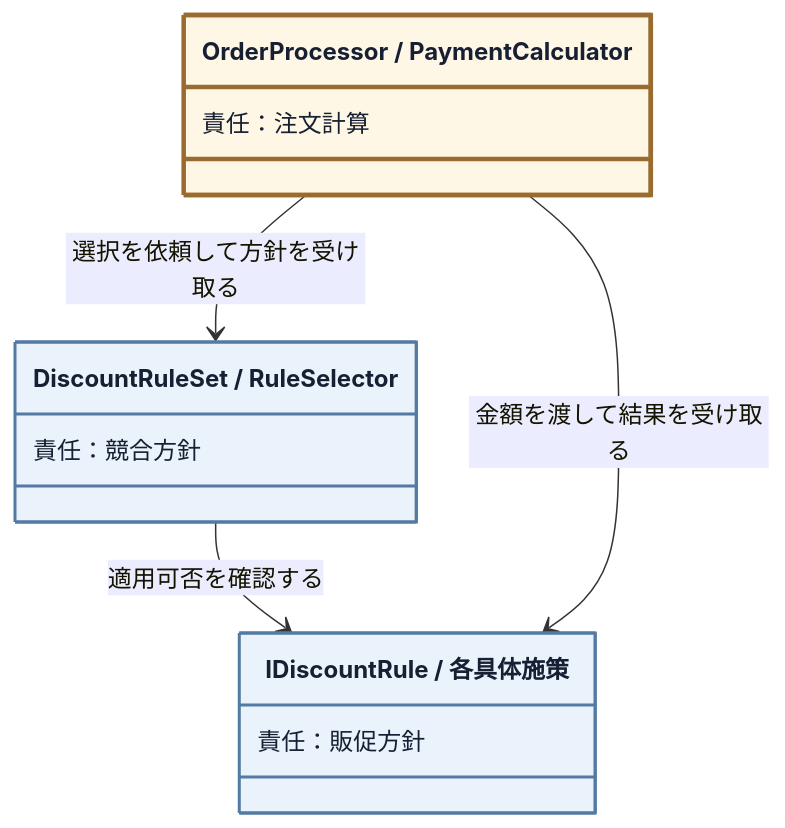
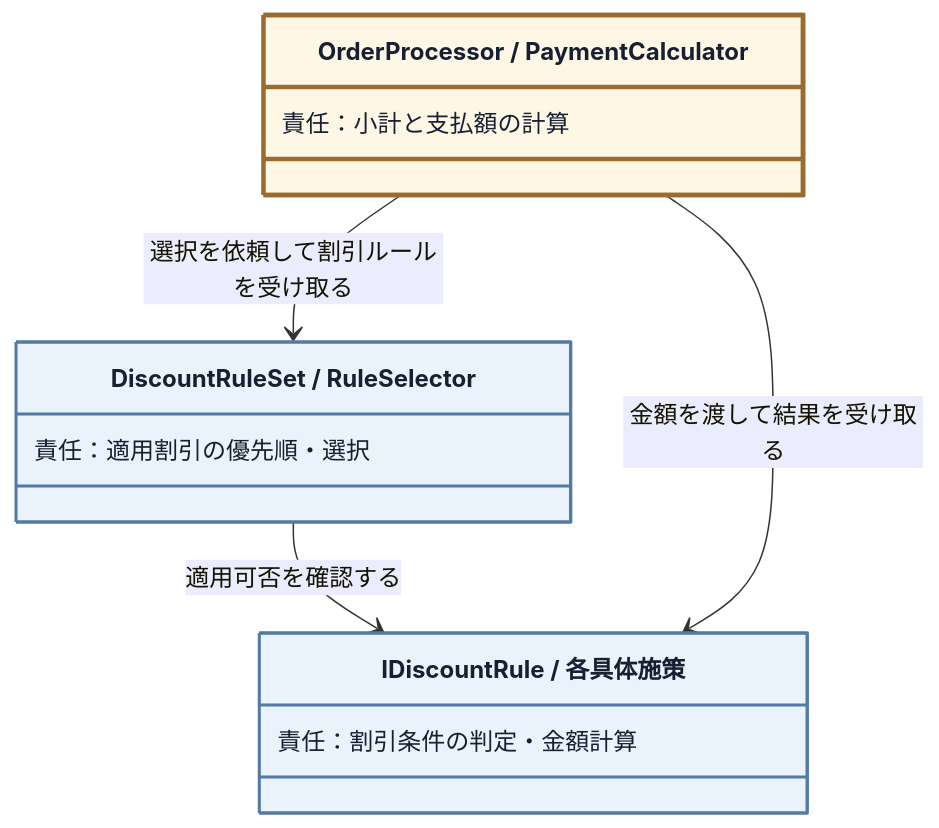
One commit to kumachan1101-pixel/DesignPattern changed the ninth of 18 diagrams in kindle/design-patterns/books/volume01-core-patterns/output/03-chapter01.md. Above: the diagram before and after it, drawn with Mermaid. The commit also changed other lines of this file and 17 other files, not shown here.

````diff
--- a/kindle/design-patterns/books/volume01-core-patterns/output/03-chapter01.md
+++ b/kindle/design-patterns/books/volume01-core-patterns/output/03-chapter01.md
@@ -1382,19 +1371,19 @@
 ```mermaid
 classDiagram
     direction TB
     class OrderCalculation["OrderProcessor / PaymentCalculator"]:::current {
-        責任：注文計算
+        責任：小計と支払額の計算
     }
     class PromotionPolicy["IDiscountRule / 各具体施策"]:::separated {
-        責任：販促方針
+        責任：割引条件の判定・金額計算
     }
     class ConflictPolicy["DiscountRuleSet / RuleSelector"]:::separated {
-        責任：競合方針
+        責任：適用割引の優先順・選択
     }
-    OrderCalculation --> ConflictPolicy : 選択を依頼して方針を受け取る
+    OrderCalculation --> ConflictPolicy : 選択を依頼して割引ルールを受け取る
     ConflictPolicy --> PromotionPolicy : 適用可否を確認する
     OrderCalculation --> PromotionPolicy : 金額を渡して結果を受け取る
 
     classDef separated fill:#eaf2fb,stroke:#527aa3,stroke-width:2px,color:#172033;
     classDef current fill:#fff7e6,stroke:#9a6b2f,stroke-width:3px,color:#172033;
 ```
````
